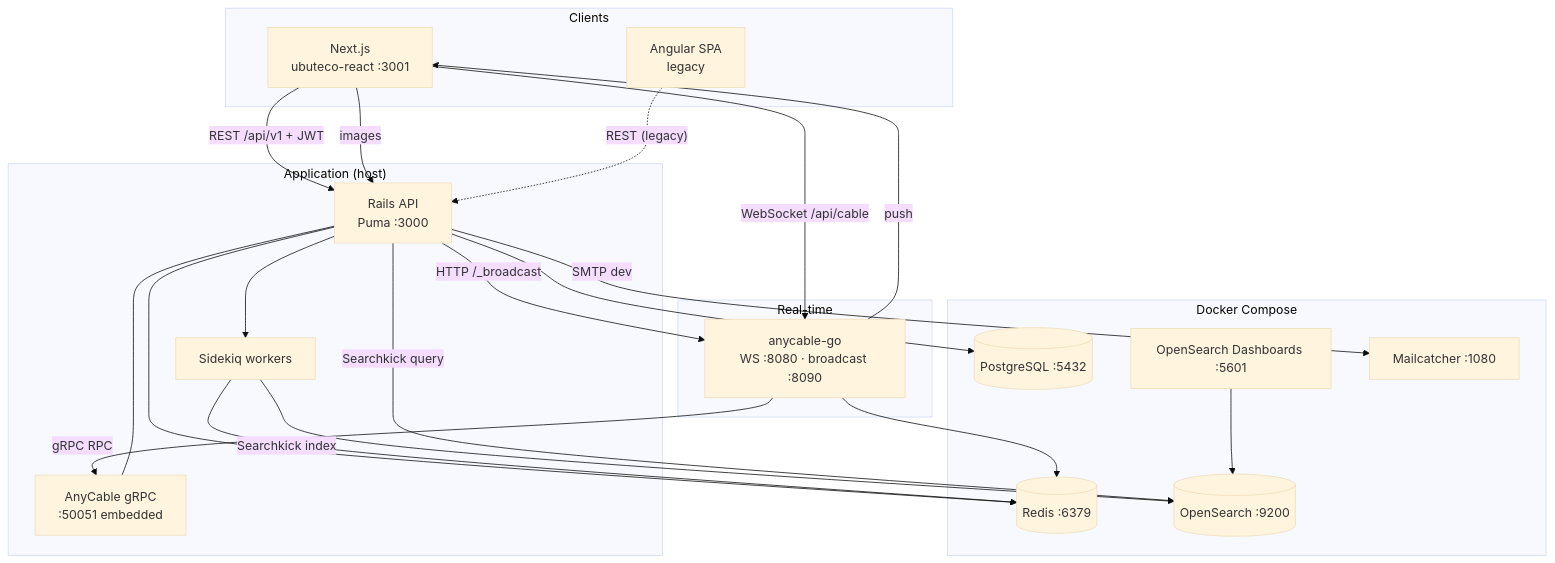
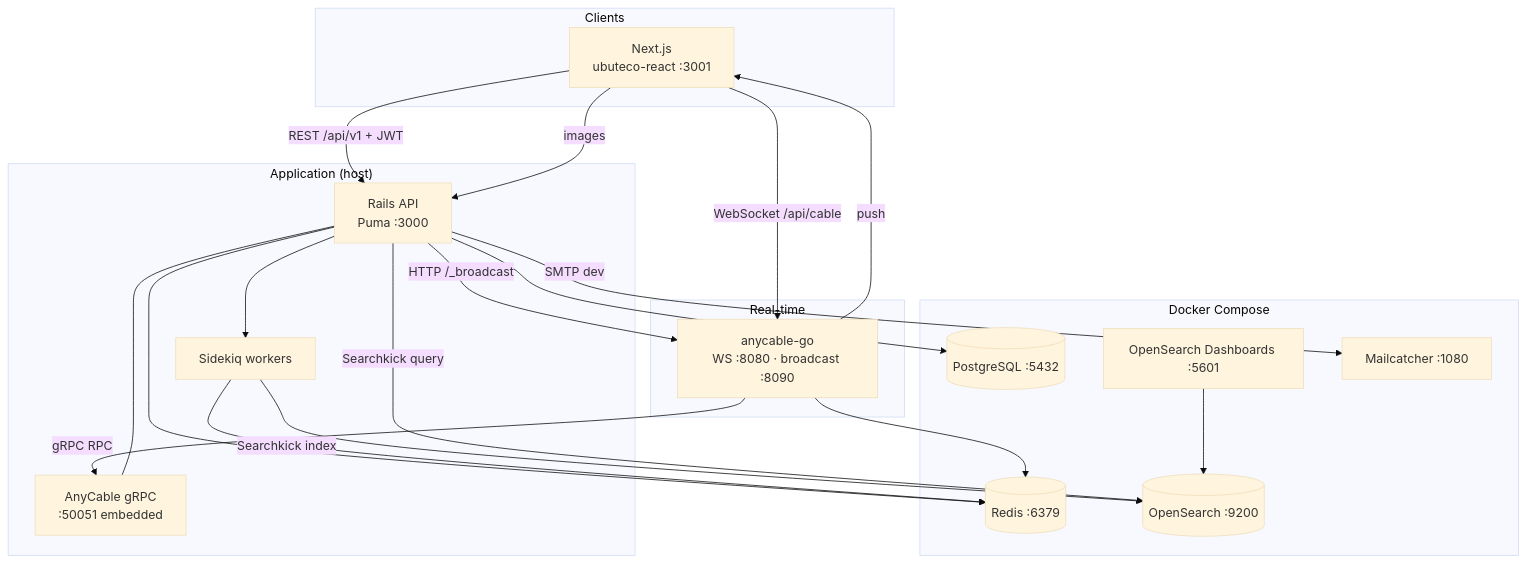
Before and after one commit to Sartori-RIA/ubuteco_api: the diagram in README.md, drawn with Mermaid (base theme). The commit also changed other lines of this file and 11 other files, not shown here.

````diff
--- a/README.md
+++ b/README.md
@@ -53,45 +55,43 @@
 ```mermaid
 flowchart TB
   subgraph clients["Clients"]
     NEXT["Next.js\nubuteco-react :3001"]
-    SPA["Angular SPA\nlegacy"]
   end
 
   subgraph app["Application (host)"]
     RAILS["Rails API\nPuma :3000"]
     SIDEKIQ["Sidekiq workers"]
     GRPC["AnyCable gRPC\n:50051 embedded"]
   end
 
   subgraph realtime["Real-time"]
     AC["anycable-go\nWS :8080 · broadcast :8090"]
   end
 
   subgraph docker["Docker Compose"]
     PG[(PostgreSQL :5432)]
     REDIS[(Redis :6379)]
     OS1[(OpenSearch :9200)]
     OSD["OpenSearch Dashboards :5601"]
     MAIL["Mailcatcher :1080"]
   end
 
   NEXT -->|"REST /api/v1 + JWT"| RAILS
   NEXT -->|"images"| RAILS
   NEXT -->|"WebSocket /api/cable"| AC
-  SPA -.->|"REST (legacy)"| RAILS
 
   AC -->|"gRPC RPC"| GRPC
   GRPC --- RAILS
   RAILS -->|"HTTP /_broadcast"| AC
   AC -->|"push"| NEXT
 
   RAILS --> PG
   RAILS --> REDIS
   SIDEKIQ --> REDIS
   RAILS --> SIDEKIQ
   SIDEKIQ -->|"Searchkick index"| OS1
   RAILS -->|"Searchkick query"| OS1
   RAILS -->|"SMTP dev"| MAIL
   OSD --> OS1
   AC --> REDIS
 ```
````
